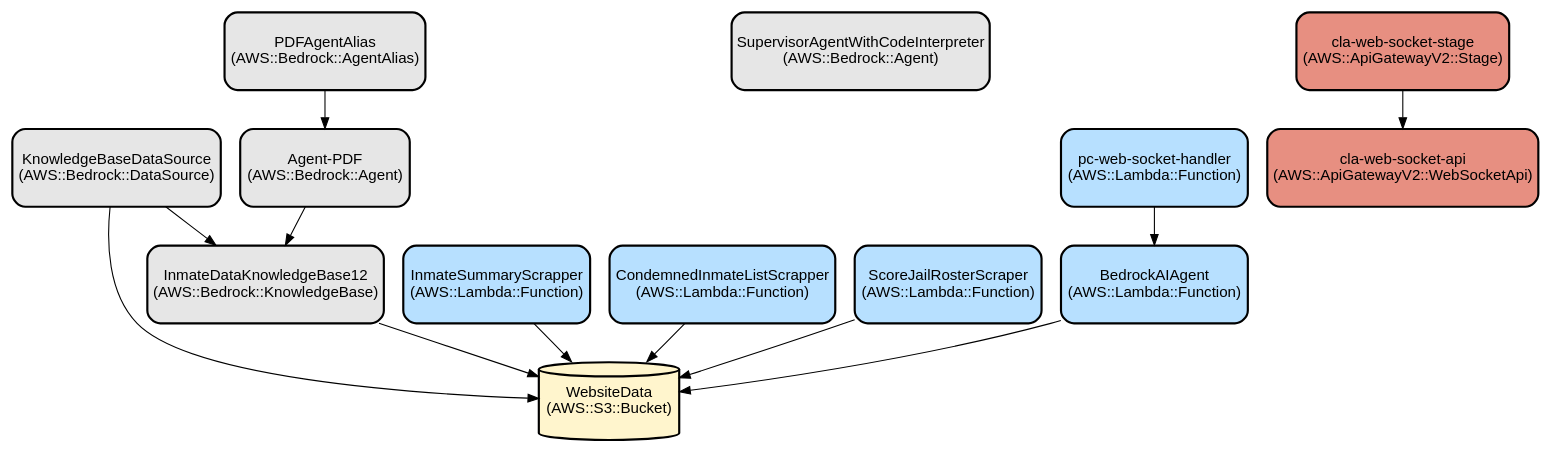
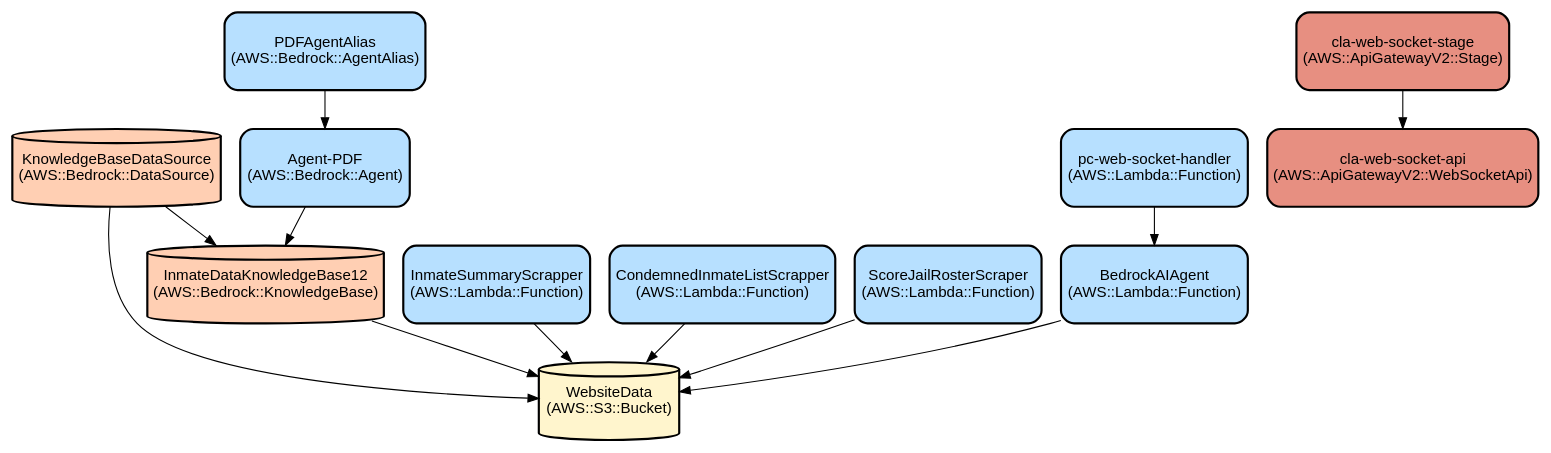
One commit to ASUCICREPO/CLA-Chatbot changed the diagram in docs/infra.dot. Above: the diagram before and after it, drawn with Graphviz. The commit also changed 3 other files, not shown here.

```diff
--- a/docs/infra.dot
+++ b/docs/infra.dot
@@ -1,40 +1,38 @@
 digraph INFRA {
   node [ color = "black", fillcolor = "#E6E6E6", height =1, style = "filled,bold,rounded", fontname = "Arial" ];
   "WebsiteData" [ label = "WebsiteData
 (AWS::S3::Bucket)", shape =cylinder, fillcolor = "#FFF5CD" ];
   "InmateDataKnowledgeBase12" [ label = "InmateDataKnowledgeBase12
-(AWS::Bedrock::KnowledgeBase)", shape =rectangle ];
+(AWS::Bedrock::KnowledgeBase)", shape =cylinder, fillcolor = "#FFCFB3" ];
   "KnowledgeBaseDataSource" [ label = "KnowledgeBaseDataSource
-(AWS::Bedrock::DataSource)", shape =rectangle ];
+(AWS::Bedrock::DataSource)", shape =cylinder, fillcolor = "#FFCFB3" ];
   "Agent-PDF" [ label = "Agent-PDF
-(AWS::Bedrock::Agent)", shape =rectangle ];
+(AWS::Bedrock::Agent)", shape =rectangle, fillcolor = "#B7E0FF" ];
   "PDFAgentAlias" [ label = "PDFAgentAlias
-(AWS::Bedrock::AgentAlias)", shape =rectangle ];
-  "SupervisorAgentWithCodeInterpreter" [ label = "SupervisorAgentWithCodeInterpreter
-(AWS::Bedrock::Agent)", shape =rectangle ];
+(AWS::Bedrock::AgentAlias)", shape =rectangle, fillcolor = "#B7E0FF" ];
   "InmateSummaryScrapper" [ label = "InmateSummaryScrapper
 (AWS::Lambda::Function)", shape =rectangle, fillcolor = "#B7E0FF" ];
   "CondemnedInmateListScrapper" [ label = "CondemnedInmateListScrapper
 (AWS::Lambda::Function)", shape =rectangle, fillcolor = "#B7E0FF" ];
   "ScoreJailRosterScraper" [ label = "ScoreJailRosterScraper
 (AWS::Lambda::Function)", shape =rectangle, fillcolor = "#B7E0FF" ];
   "BedrockAIAgent" [ label = "BedrockAIAgent
 (AWS::Lambda::Function)", shape =rectangle, fillcolor = "#B7E0FF" ];
   "pc-web-socket-handler" [ label = "pc-web-socket-handler
 (AWS::Lambda::Function)", shape =rectangle, fillcolor = "#B7E0FF" ];
   "cla-web-socket-api" [ label = "cla-web-socket-api
 (AWS::ApiGatewayV2::WebSocketApi)", shape =rectangle, fillcolor = "#E78F81" ];
   "cla-web-socket-stage" [ label = "cla-web-socket-stage
 (AWS::ApiGatewayV2::Stage)", shape =rectangle, fillcolor = "#E78F81" ];
   "InmateDataKnowledgeBase12" -> "WebsiteData";
   "KnowledgeBaseDataSource" -> "InmateDataKnowledgeBase12";
   "KnowledgeBaseDataSource" -> "WebsiteData";
   "Agent-PDF" -> "InmateDataKnowledgeBase12";
   "PDFAgentAlias" -> "Agent-PDF";
   "InmateSummaryScrapper" -> "WebsiteData";
   "CondemnedInmateListScrapper" -> "WebsiteData";
   "ScoreJailRosterScraper" -> "WebsiteData";
   "BedrockAIAgent" -> "WebsiteData";
   "pc-web-socket-handler" -> "BedrockAIAgent";
   "cla-web-socket-stage" -> "cla-web-socket-api";
 }
```
